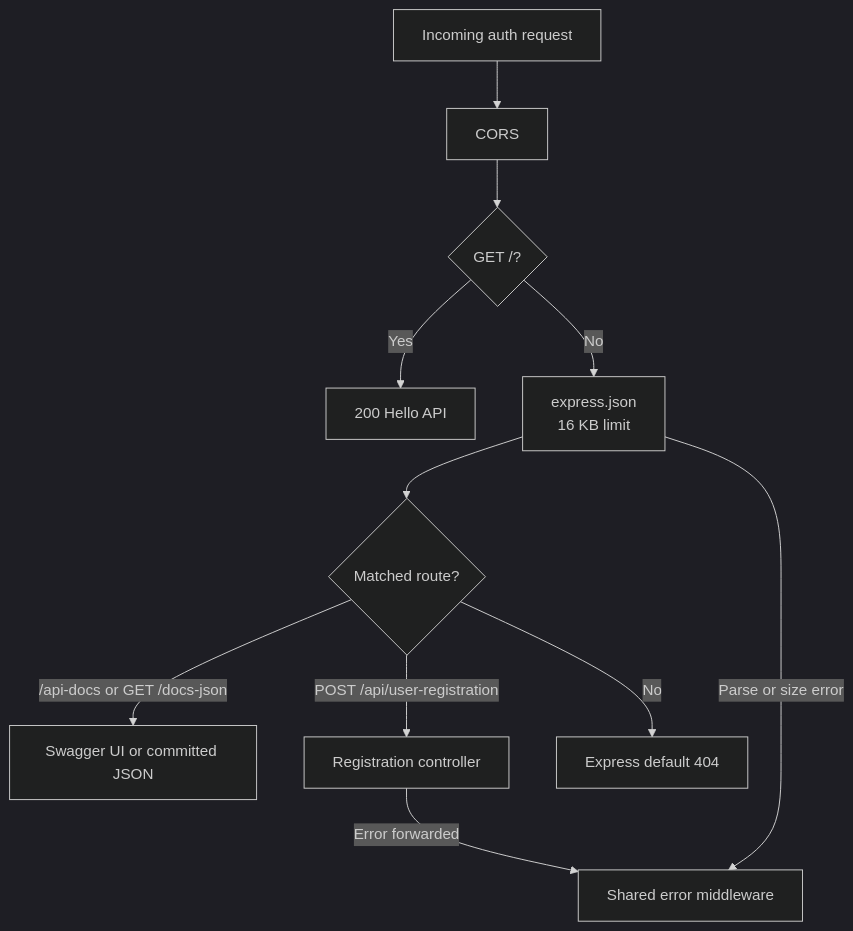
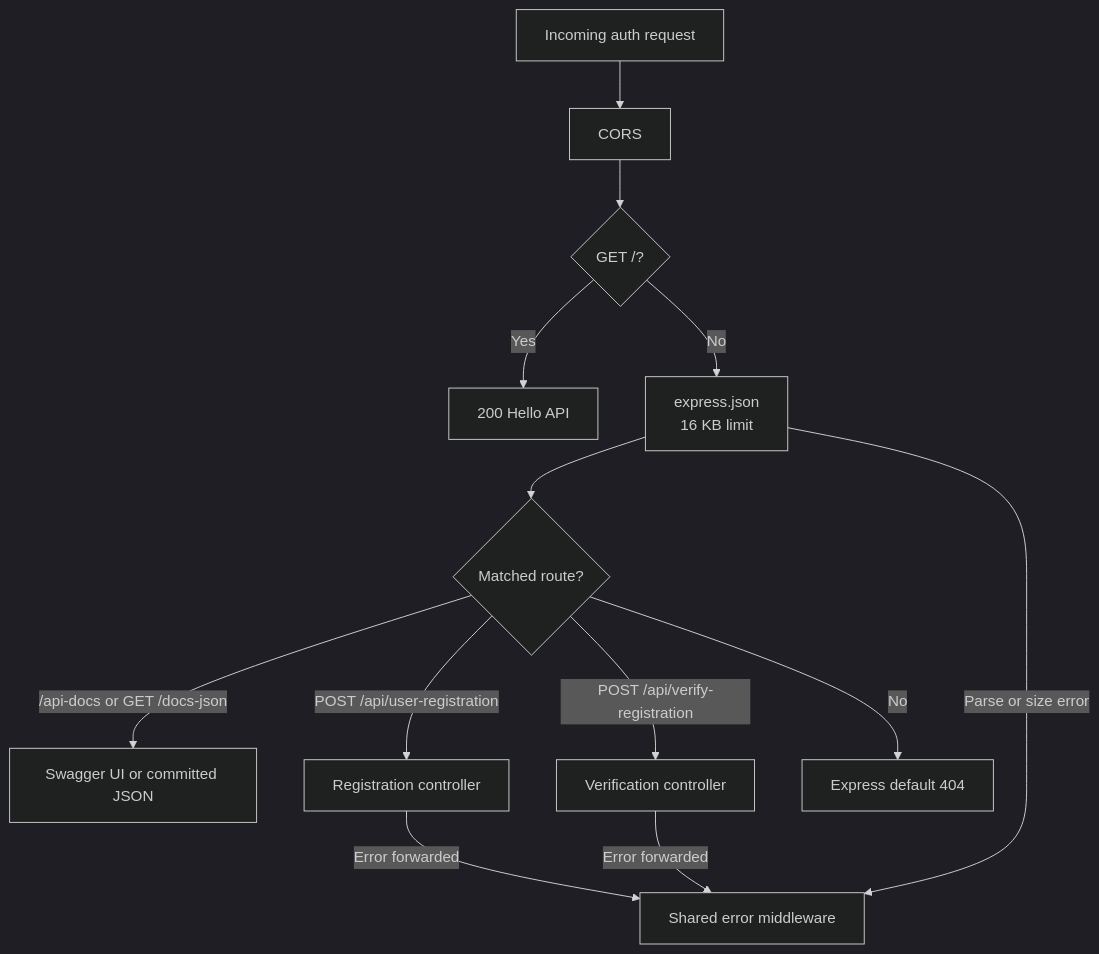
One commit to Kruskal892/Microservice-SaaS-E-commerce changed the second of 5 diagrams in docs/architecture/request-flows.md. Above: the diagram before and after it, drawn with Mermaid (dark theme). The commit also changed other lines of this file and 16 other files, not shown here.

````diff
--- a/docs/architecture/request-flows.md
+++ b/docs/architecture/request-flows.md
@@ -36,13 +36,15 @@
 ```mermaid
 flowchart TD
     Request["Incoming auth request"] --> CORS["CORS"]
     CORS --> Root{"GET /?"}
     Root -->|Yes| Greeting["200 Hello API"]
     Root -->|No| JSON["express.json<br/>16 KB limit"]
     JSON --> Route{"Matched route?"}
     Route -->|"/api-docs or GET /docs-json"| Swagger["Swagger UI or committed JSON"]
     Route -->|"POST /api/user-registration"| Registration["Registration controller"]
+    Route -->|"POST /api/verify-registration"| Verification["Verification controller"]
     Route -->|No| Missing["Express default 404"]
     JSON -->|Parse or size error| Errors["Shared error middleware"]
     Registration -->|Error forwarded| Errors
+    Verification -->|Error forwarded| Errors
 ```
````
